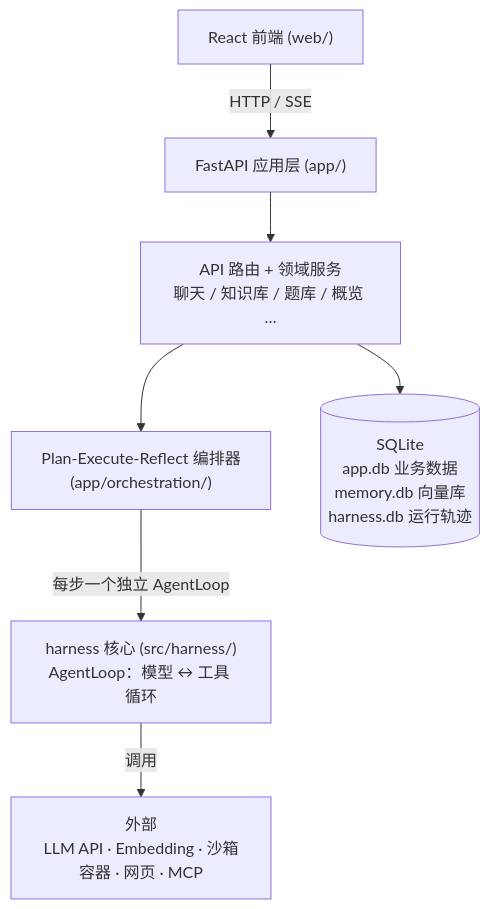
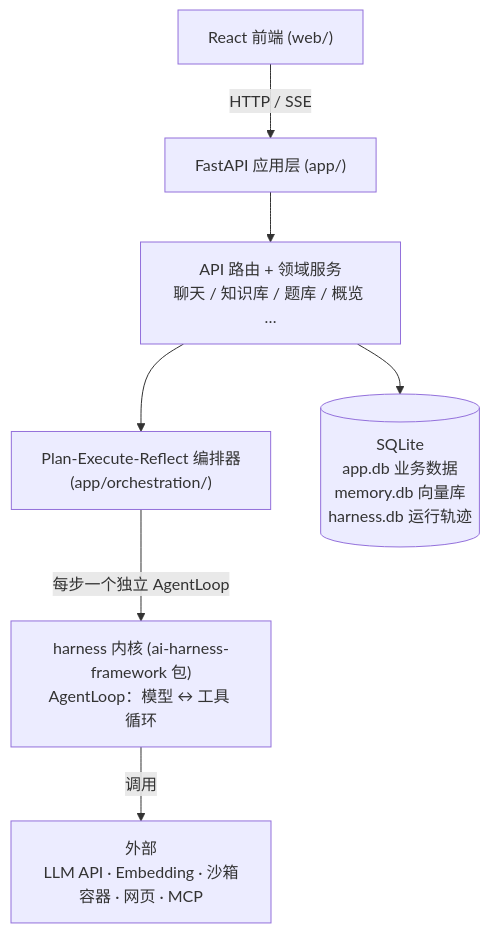
Before and after one commit to sumengnan/ai-learning-helper: the first of 2 diagrams in README.md, drawn with Mermaid. The commit also changed other lines of this file and 6 other files, not shown here.

````diff
--- a/README.md
+++ b/README.md
@@ -60,9 +60,9 @@
 ```mermaid
 flowchart TD
     UI["React 前端 (web/)"] -->|HTTP / SSE| APP["FastAPI 应用层 (app/)"]
     APP --> ROUTES["API 路由 + 领域服务<br/>聊天 / 知识库 / 题库 / 概览 …"]
     ROUTES --> ORCH["Plan-Execute-Reflect 编排器<br/>(app/orchestration/)"]
     ROUTES --> DB[("SQLite<br/>app.db 业务数据<br/>memory.db 向量库<br/>harness.db 运行轨迹")]
-    ORCH -->|每步一个独立 AgentLoop| CORE["harness 核心 (src/harness/)<br/>AgentLoop：模型 ↔ 工具 循环"]
+    ORCH -->|每步一个独立 AgentLoop| CORE["harness 内核 (ai-harness-framework 包)<br/>AgentLoop：模型 ↔ 工具 循环"]
     CORE -->|调用| EXT["外部<br/>LLM API · Embedding · 沙箱容器 · 网页 · MCP"]
 ```
````
